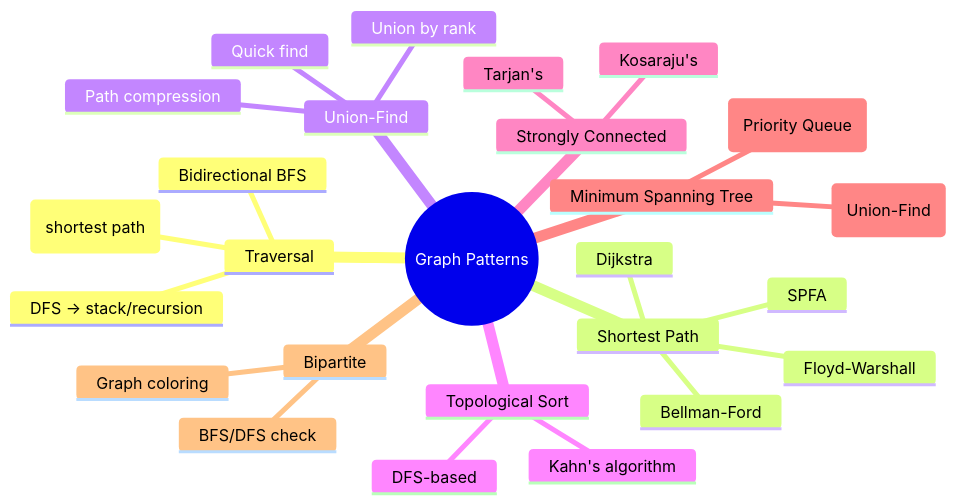
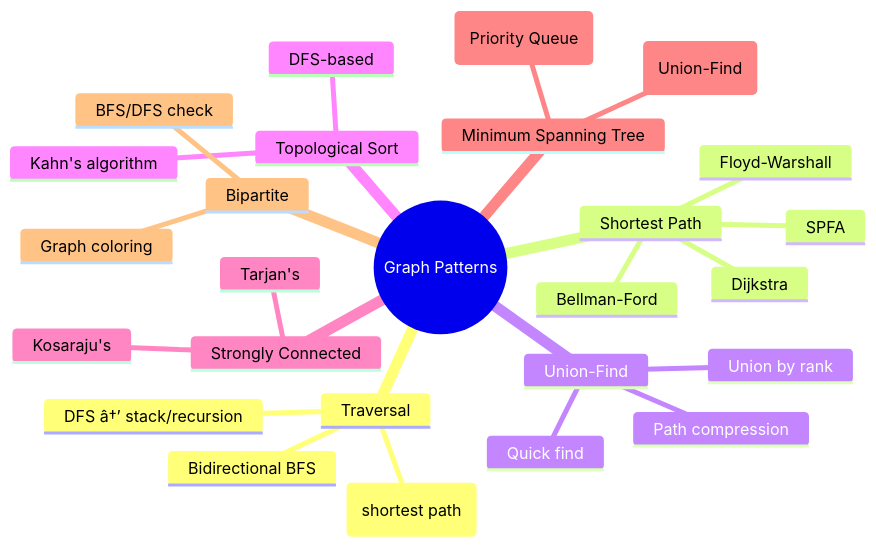
The second of 3 diagrams in docs/courses/coding-problems/06-graphs.md (Raushan666java/ai-engineering-journey), drawn with Mermaid before and after one commit. The commit also changed other lines of this file and 735 other files, not shown here.

````diff
--- a/docs/courses/coding-problems/06-graphs.md
+++ b/docs/courses/coding-problems/06-graphs.md
@@ -55,29 +55,29 @@
 ```mermaid
 mindmap
   root((Graph Patterns))
     Traversal
-      DFS → stack/recursion
-      BFS → queue (shortest path)
+      DFS â†’ stack/recursion
+      BFS â†’ queue (shortest path)
       Bidirectional BFS
     Shortest Path
       Dijkstra
       Bellman-Ford
       Floyd-Warshall
       SPFA
     Union-Find
       Quick find
       Union by rank
       Path compression
     Topological Sort
       Kahn's algorithm
       DFS-based
     Strongly Connected
       Tarjan's
       Kosaraju's
     Minimum Spanning Tree
       Kruskal (Union-Find)
       Prim (Priority Queue)
     Bipartite
       Graph coloring
       BFS/DFS check
 ```
````
